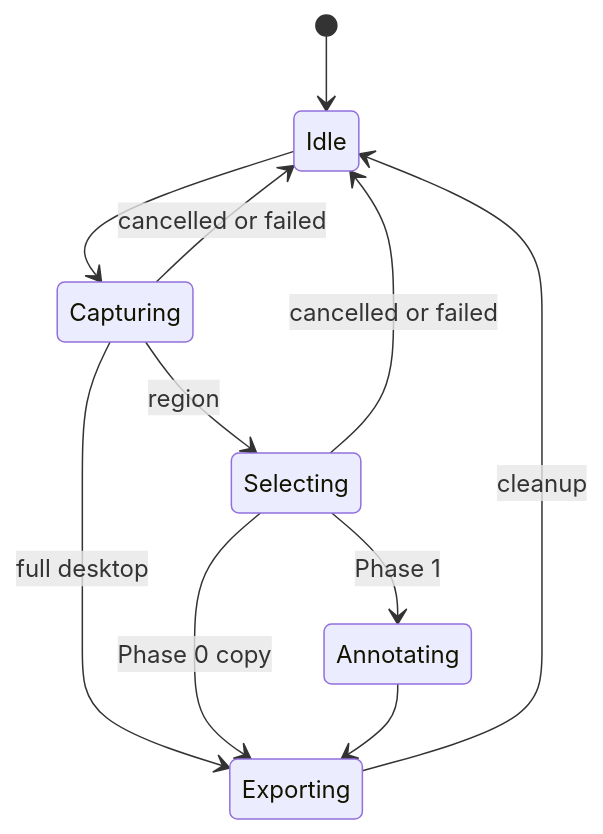
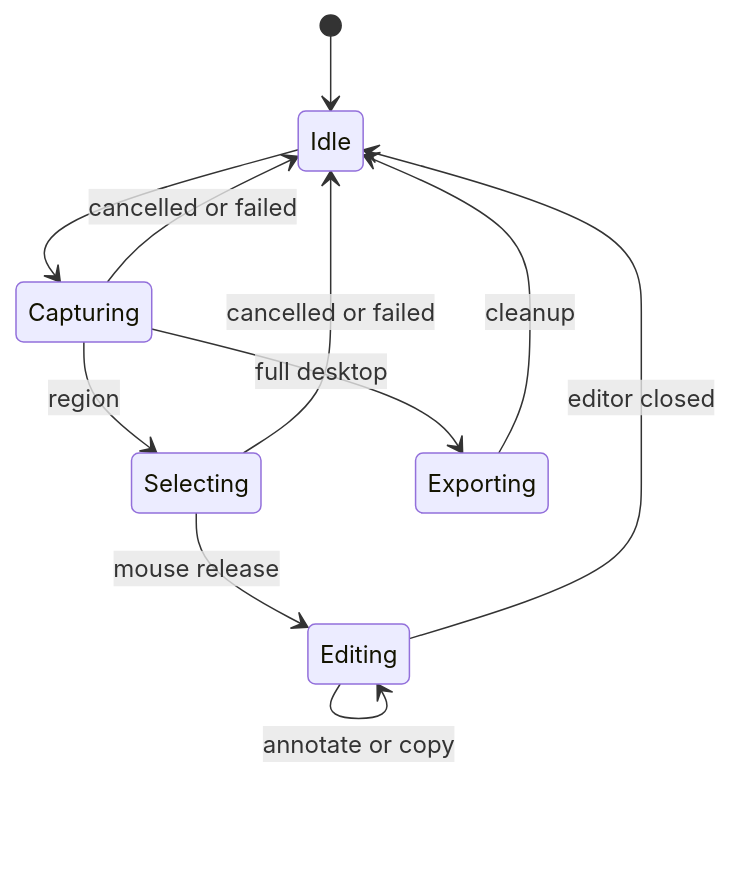
One commit to halfkung/Qapture changed the diagram in docs/ARCHITECTURE.md. Above: the diagram before and after it, drawn with Mermaid. The commit also changed other lines of this file and 28 other files, not shown here.

````diff
--- a/docs/ARCHITECTURE.md
+++ b/docs/ARCHITECTURE.md
@@ -5,13 +5,13 @@
 ```mermaid
 stateDiagram-v2
     [*] --> Idle
     Idle --> Capturing
     Capturing --> Selecting: region
     Capturing --> Exporting: full desktop
-    Selecting --> Exporting: Phase 0 copy
-    Selecting --> Annotating: Phase 1
-    Annotating --> Exporting
+    Selecting --> Editing: mouse release
+    Editing --> Editing: annotate or copy
+    Editing --> Idle: editor closed
     Capturing --> Idle: cancelled or failed
     Selecting --> Idle: cancelled or failed
     Exporting --> Idle: cleanup
 ```
````
